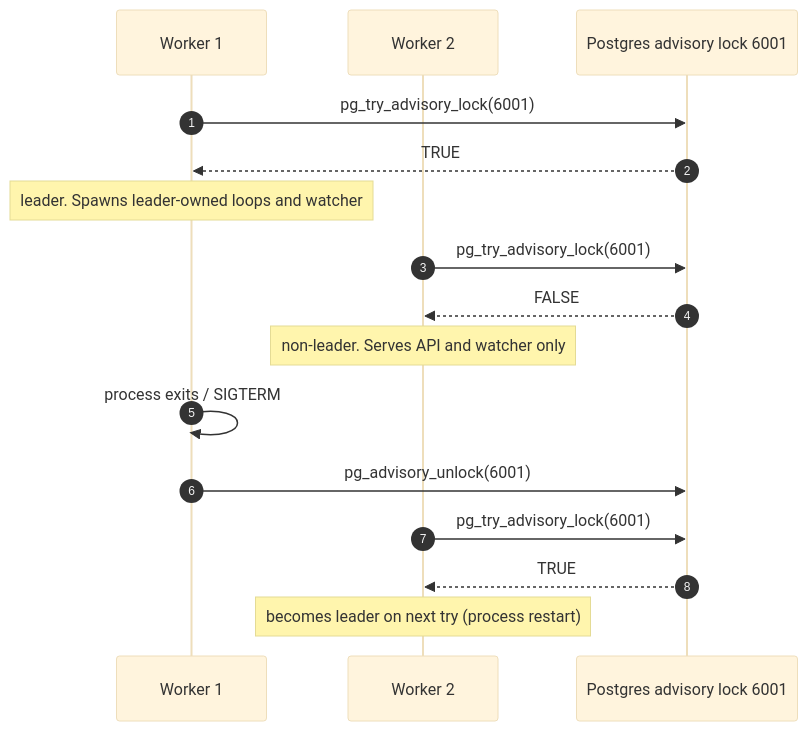
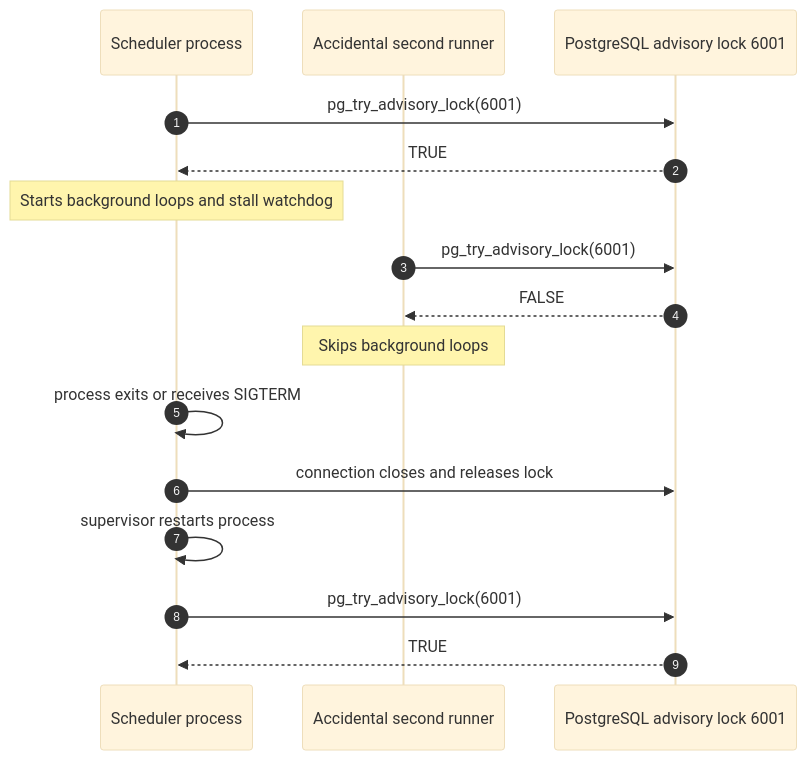
One commit to quidow/gridfleet changed the first of 2 diagrams in docs/design/03-health-and-reconciliation.md. Above: the diagram before and after it, drawn with Mermaid (base theme). The commit also changed other lines of this file and 3 other files, not shown here.

````diff
--- a/docs/design/03-health-and-reconciliation.md
+++ b/docs/design/03-health-and-reconciliation.md
@@ -17,19 +11,19 @@
 ```mermaid
 sequenceDiagram
     autonumber
-    participant W1 as Worker 1
-    participant W2 as Worker 2
-    participant Pg as Postgres advisory lock 6001
+    participant S as Scheduler process
+    participant A as Accidental second runner
+    participant Pg as PostgreSQL advisory lock 6001
 
-    W1->>Pg: pg_try_advisory_lock(6001)
-    Pg-->>W1: TRUE
-    Note over W1: leader. Spawns leader-owned loops and watcher
-    W2->>Pg: pg_try_advisory_lock(6001)
-    Pg-->>W2: FALSE
-    Note over W2: non-leader. Serves API and watcher only
-    W1->>W1: process exits / SIGTERM
-    W1->>Pg: pg_advisory_unlock(6001)
-    W2->>Pg: pg_try_advisory_lock(6001)
-    Pg-->>W2: TRUE
-    Note over W2: becomes leader on next try (process restart)
+    S->>Pg: pg_try_advisory_lock(6001)
+    Pg-->>S: TRUE
+    Note over S: Starts background loops and stall watchdog
+    A->>Pg: pg_try_advisory_lock(6001)
+    Pg-->>A: FALSE
+    Note over A: Skips background loops
+    S->>S: process exits or receives SIGTERM
+    S->>Pg: connection closes and releases lock
+    S->>S: supervisor restarts process
+    S->>Pg: pg_try_advisory_lock(6001)
+    Pg-->>S: TRUE
 ```
````
